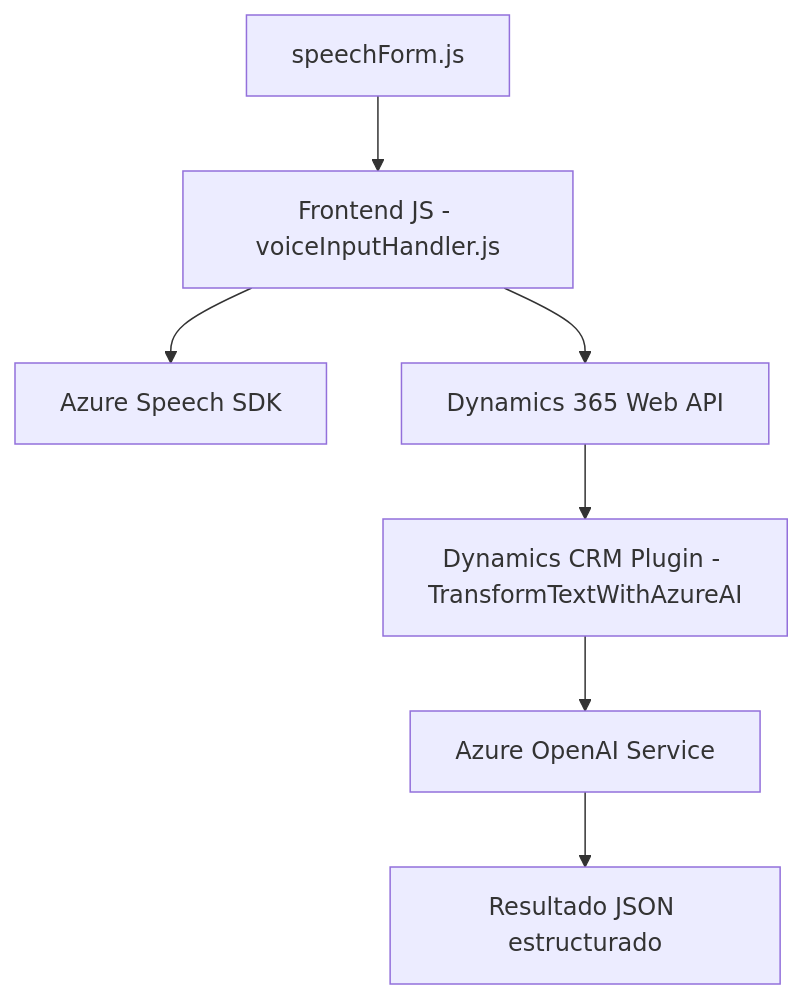
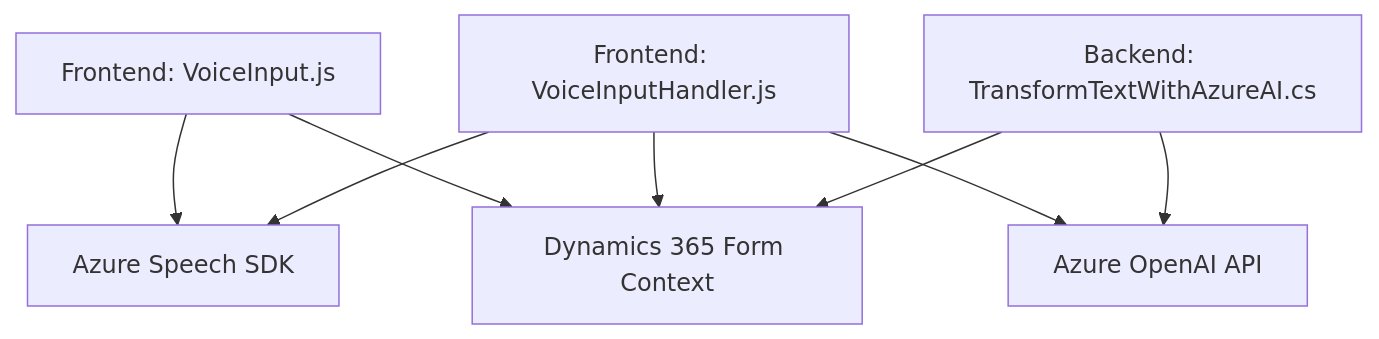
The diagram in README.md (blopezdm/NETCORE_BILBAO2025), drawn with Mermaid before and after one commit. The commit also changed other lines of this file, not shown here.

````diff
--- a/README.md
+++ b/README.md
@@ -42,9 +53,17 @@
 ```mermaid
 graph TD
-    A["Frontend JS - voiceInputHandler.js"] --> B["Azure Speech SDK"]
-    A --> C["Dynamics 365 Web API"]
-    D["speechForm.js "] --> A
-    C --> E["Dynamics CRM Plugin - TransformTextWithAzureAI"]
-    E --> F["Azure OpenAI Service"]
-    F --> G["Resultado JSON estructurado"]
+A["Frontend: VoiceInput.js"]
+B["Frontend: VoiceInputHandler.js"]
+C["Backend: TransformTextWithAzureAI.cs"]
+D["Azure Speech SDK"]
+E["Azure OpenAI API"]
+F["Dynamics 365 Form Context"]
+
+A --> D
+A --> F
+B --> D
+B --> E
+B --> F
+C --> E
+C --> F
 ```
````
